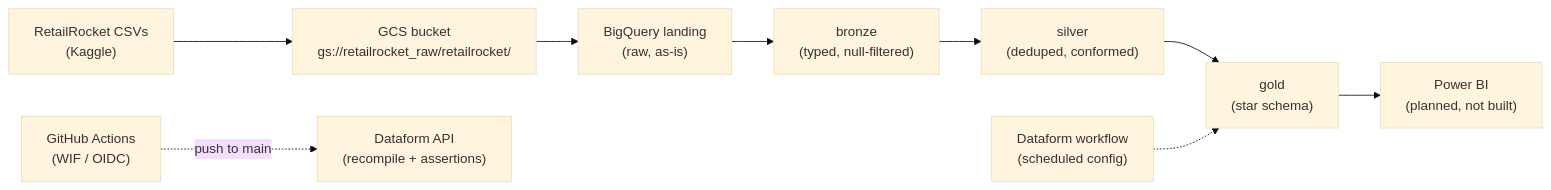
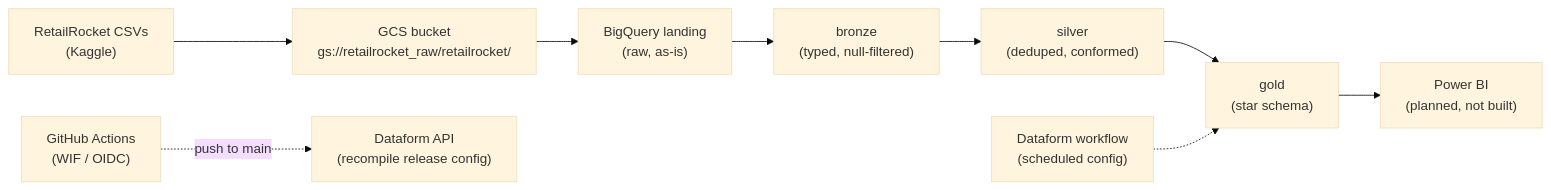
One commit to AriefRuer/retailrocket-bigquery-warehouse changed the first of 2 diagrams in README.md. Above: the diagram before and after it, drawn with Mermaid (base theme). The commit also changed other lines of this file and 1 other file, not shown here.

````diff
--- a/README.md
+++ b/README.md
@@ -27,11 +27,11 @@
 ```mermaid
 flowchart LR
   A["RetailRocket CSVs<br/>(Kaggle)"] --> B["GCS bucket<br/>gs://retailrocket_raw/retailrocket/"]
   B --> L["BigQuery landing<br/>(raw, as-is)"]
   L --> C["bronze<br/>(typed, null-filtered)"]
   C --> D["silver<br/>(deduped, conformed)"]
   D --> E["gold<br/>(star schema)"]
   E --> F["Power BI<br/>(planned, not built)"]
-  G["GitHub Actions<br/>(WIF / OIDC)"] -.->|push to main| H["Dataform API<br/>(recompile + assertions)"]
+  G["GitHub Actions<br/>(WIF / OIDC)"] -.->|push to main| H["Dataform API<br/>(recompile release config)"]
   I["Dataform workflow<br/>(scheduled config)"] -.-> E
 ```
````
